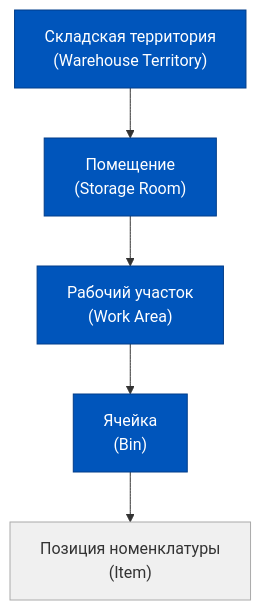
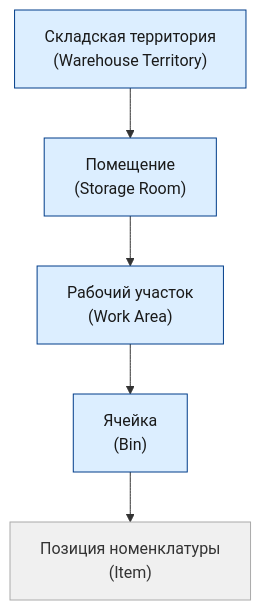
Before and after one commit to murad1986/1c-erp-quartz: the first of 6 diagrams in content/1c-erp/week_4/Неделя 4 - День 2 - Ячеечный склад.md, drawn with Mermaid. The commit also changed other lines of this file and 57 other files, not shown here.

First line of the commit message:
fix: Mermaid — пастельные цвета в источниках диаграмм (56 файлов)

````diff
--- a/content/1c-erp/week_4/Неделя 4 - День 2 - Ячеечный склад.md
+++ b/content/1c-erp/week_4/Неделя 4 - День 2 - Ячеечный склад.md
@@ -62,10 +62,10 @@
 ```mermaid
 graph TD
     A["Складская территория<br/>(Warehouse Territory)"]:::blue --> B["Помещение<br/>(Storage Room)"]:::blue
     B --> C["Рабочий участок<br/>(Work Area)"]:::blue
     C --> D["Ячейка<br/>(Bin)"]:::blue
     D --> E["Позиция номенклатуры<br/>(Item)"]:::white
 
-    classDef blue fill:#0055BB,color:#fff,stroke:#003d8a
+    classDef blue fill:#dceeff,color:#1a1a1a,stroke:#003d8a
     classDef white fill:#f0f0f0,color:#333,stroke:#aaa
 ```
````
